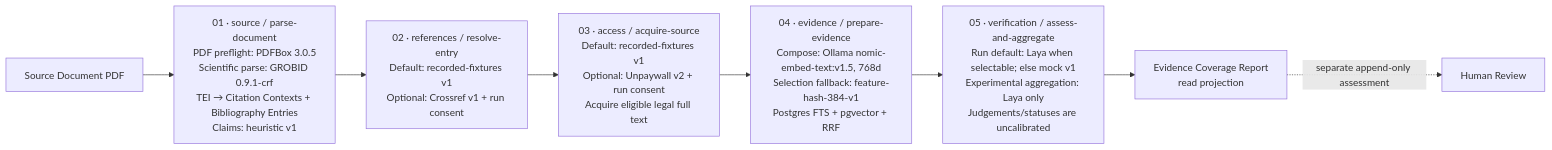
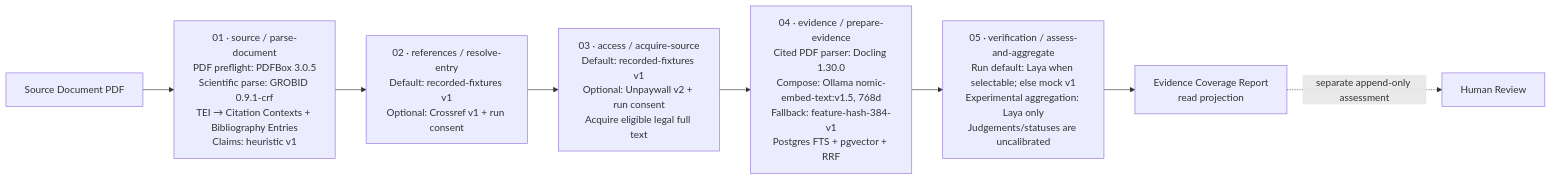
The first of 2 diagrams in docs/pipeline-feature-matrix.md (arrokh/paper-t-rail), drawn with Mermaid before and after one commit. The commit also changed other lines of this file and 27 other files, not shown here.

````diff
--- a/docs/pipeline-feature-matrix.md
+++ b/docs/pipeline-feature-matrix.md
@@ -17,10 +17,10 @@
 ```mermaid
 flowchart LR
     PDF["Source Document PDF"] --> S1
     S1["01 · source / parse-document<br/>PDF preflight: PDFBox 3.0.5<br/>Scientific parse: GROBID 0.9.1-crf<br/>TEI → Citation Contexts + Bibliography Entries<br/>Claims: heuristic v1"] --> S2
     S2["02 · references / resolve-entry<br/>Default: recorded-fixtures v1<br/>Optional: Crossref v1 + run consent"] --> S3
     S3["03 · access / acquire-source<br/>Default: recorded-fixtures v1<br/>Optional: Unpaywall v2 + run consent<br/>Acquire eligible legal full text"] --> S4
-    S4["04 · evidence / prepare-evidence<br/>Compose: Ollama nomic-embed-text:v1.5, 768d<br/>Selection fallback: feature-hash-384-v1<br/>Postgres FTS + pgvector + RRF"] --> S5
+    S4["04 · evidence / prepare-evidence<br/>Cited PDF parser: Docling 1.30.0<br/>Compose: Ollama nomic-embed-text:v1.5, 768d<br/>Fallback: feature-hash-384-v1<br/>Postgres FTS + pgvector + RRF"] --> S5
     S5["05 · verification / assess-and-aggregate<br/>Run default: Laya when selectable; else mock v1<br/>Experimental aggregation: Laya only<br/>Judgements/statuses are uncalibrated"] --> REPORT["Evidence Coverage Report<br/>read projection"]
     REPORT -. separate append-only assessment .-> REVIEW["Human Review"]
 ```
````
